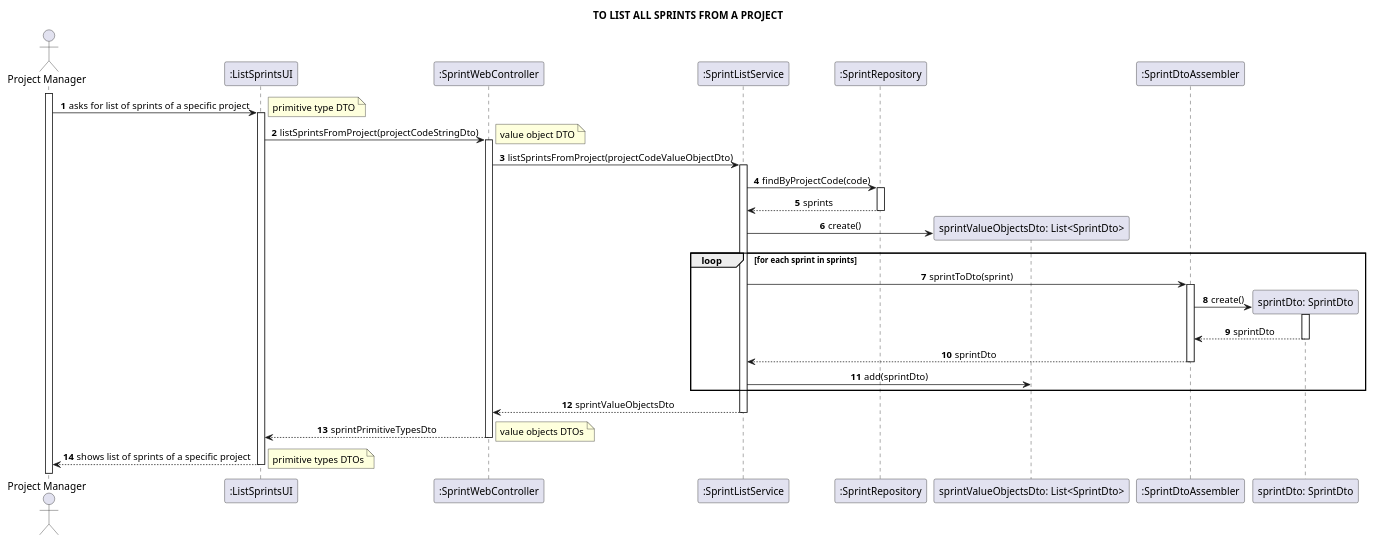
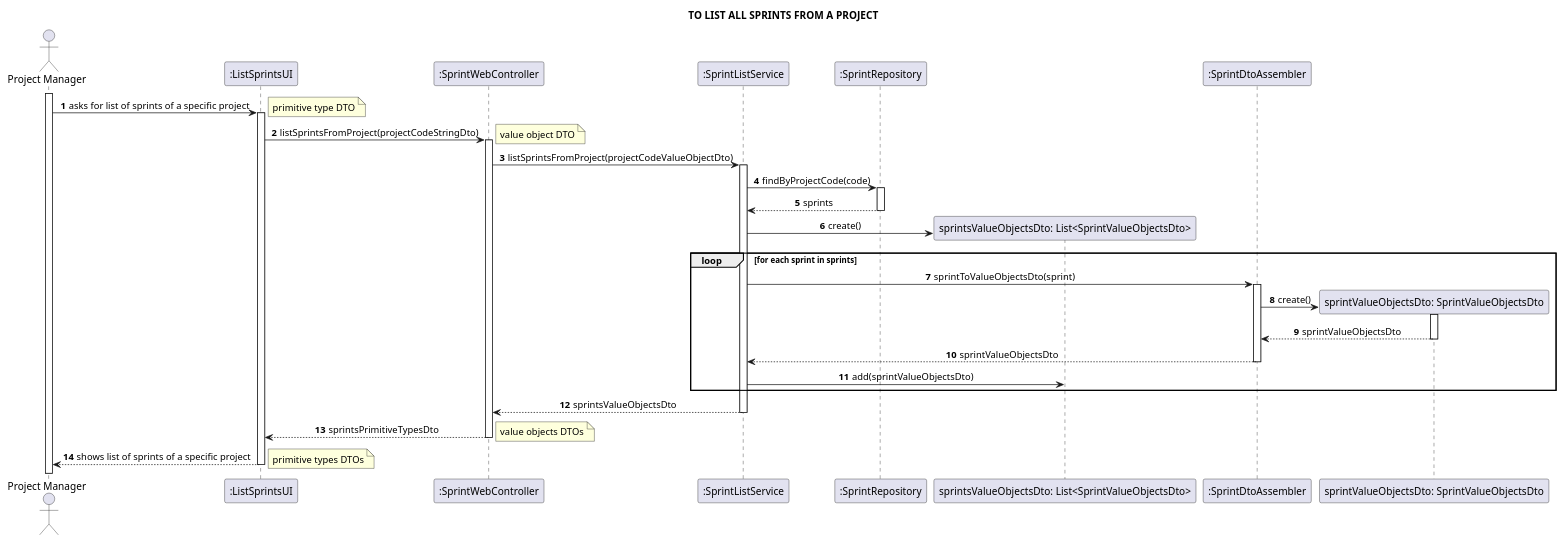
One commit to Loracline/project_switch_22-23 changed the diagram in docs/modelling_design/user_stories/reference_diagrams/listAllSprintsFromProject_sequenceDiagram_ddd.puml. Above: the diagram before and after it, drawn with PlantUML. The commit also changed 1 other file, not shown here.

Commit message:
US031: Design: Updated sequence and class diagrams for functionality of listing all sprints of a project. Closes #650.

```diff
--- a/docs/modelling_design/user_stories/reference_diagrams/listAllSprintsFromProject_sequenceDiagram_ddd.puml
+++ b/docs/modelling_design/user_stories/reference_diagrams/listAllSprintsFromProject_sequenceDiagram_ddd.puml
@@ -1,60 +1,60 @@
 @startuml
 
 skinparam sequenceMessageAlign center
 title TO LIST ALL SPRINTS FROM A PROJECT
 autonumber
 actor "Project Manager" as pm
 
 participant ":ListSprintsUI" as ui
 participant ":SprintWebController" as controller
 participant ":SprintListService" as service
 participant ":SprintRepository" as repository
-participant "sprintValueObjectsDto: List<SprintDto>" as list
+participant "sprintsValueObjectsDto: List<SprintValueObjectsDto>" as list
 participant ":SprintDtoAssembler" as assembler
-participant "sprintDto: SprintDto" as dto
+participant "sprintValueObjectsDto: SprintValueObjectsDto" as dto
 
 activate pm
 pm -> ui: asks for list of sprints of a specific project
 activate ui
 note right
 primitive type DTO
 end note
 ui -> controller: listSprintsFromProject(projectCodeStringDto)
 note right
 value object DTO
 end note
 activate controller
 controller -> service: listSprintsFromProject(projectCodeValueObjectDto)
 activate service
 service -> repository: findByProjectCode(code)
 activate repository
 repository --> service: sprints
 deactivate repository
 create list
 service -> list: create()
 loop for each sprint in sprints
-service -> assembler: sprintToDto(sprint)
+service -> assembler: sprintToValueObjectsDto(sprint)
 activate assembler
 create dto
 assembler -> dto: create()
 activate dto
-dto --> assembler: sprintDto
+dto --> assembler: sprintValueObjectsDto
 deactivate dto
-assembler --> service: sprintDto
+assembler --> service: sprintValueObjectsDto
 deactivate assembler
-service -> list: add(sprintDto)
+service -> list: add(sprintValueObjectsDto)
 end loop
-service --> controller: sprintValueObjectsDto
+service --> controller: sprintsValueObjectsDto
 deactivate service
-ui <-- controller: sprintPrimitiveTypesDto
+ui <-- controller: sprintsPrimitiveTypesDto
 note right
 value objects DTOs
 end note
 deactivate controller
 ui --> pm: shows list of sprints of a specific project
 note right
 primitive types DTOs
 end note
 deactivate ui
 
 @enduml
```
